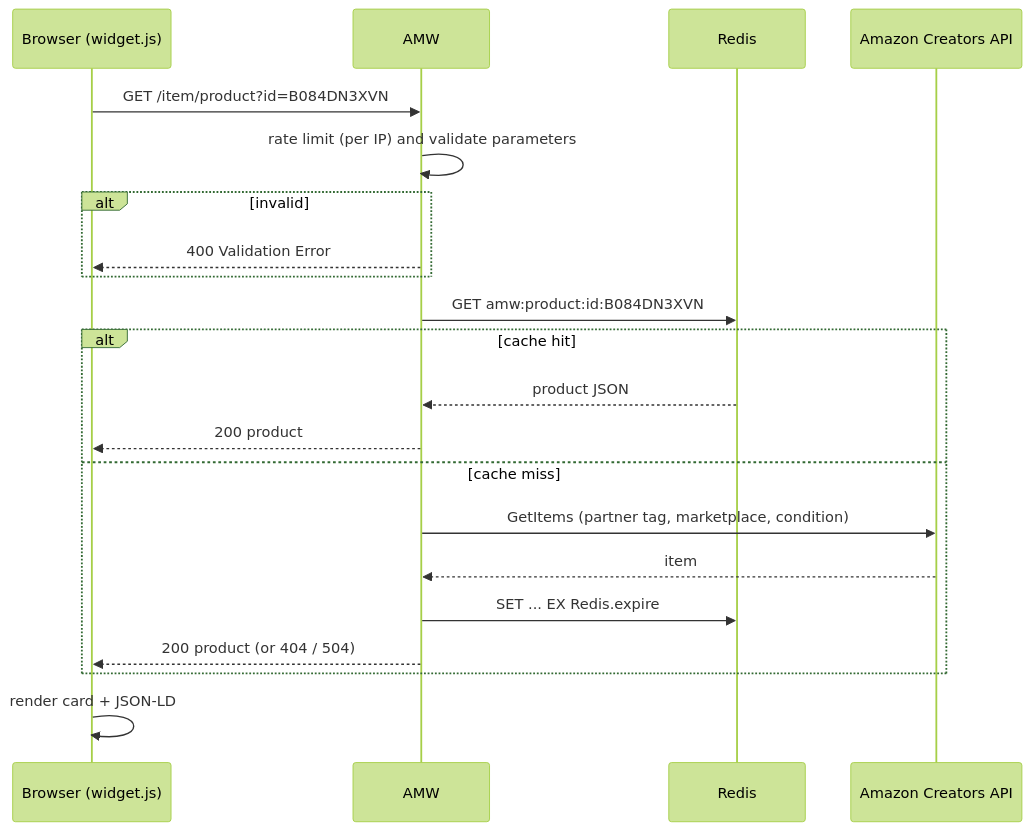
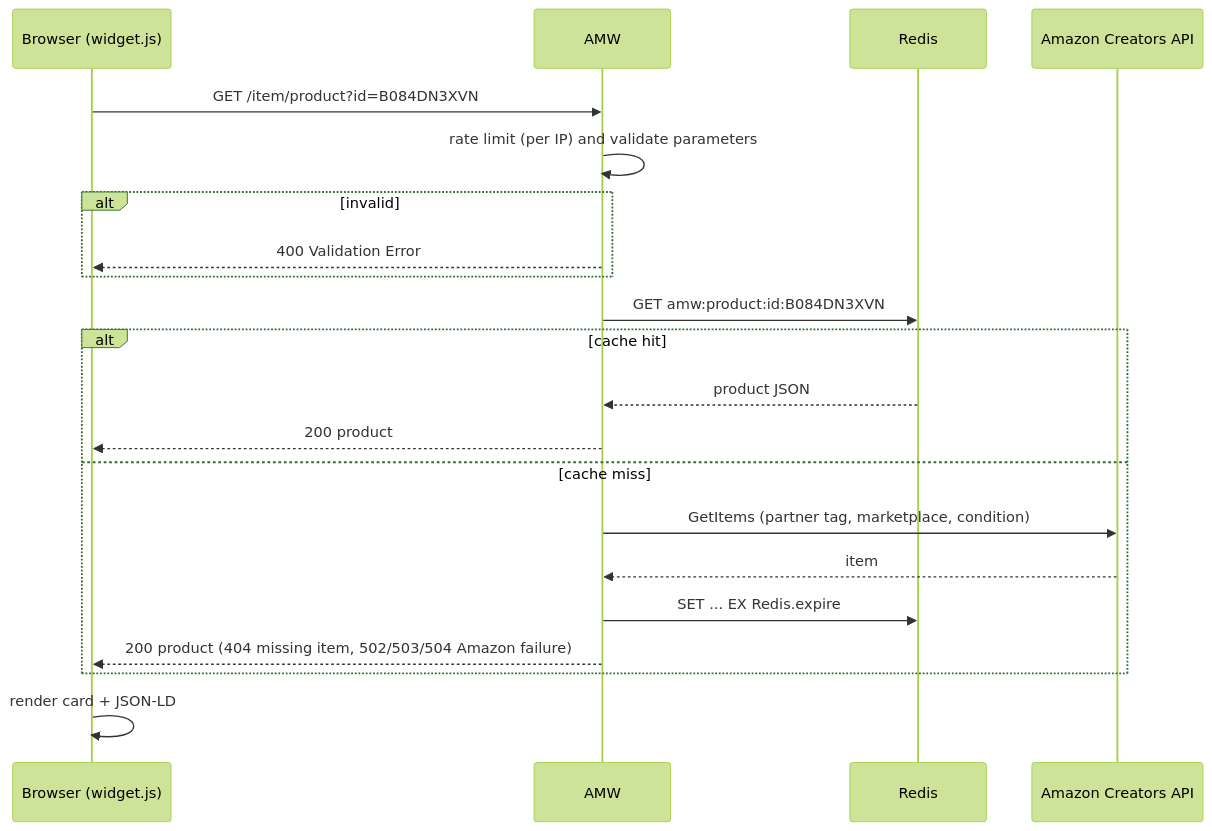
Before and after one commit to ltoinel/amw: the second of 2 diagrams in docs/developer/architecture.md, drawn with Mermaid (forest theme). The commit also changed other lines of this file and 7 other files, not shown here.

First line of the commit message:
docs: document amazon failure status codes and idle json-ld

````diff
--- a/docs/developer/architecture.md
+++ b/docs/developer/architecture.md
@@ -32,23 +33,23 @@
 ```mermaid
 sequenceDiagram
     participant B as Browser (widget.js)
     participant S as AMW
     participant R as Redis
     participant A as Amazon Creators API
     B->>S: GET /item/product?id=B084DN3XVN
     S->>S: rate limit (per IP) and validate parameters
     alt invalid
         S-->>B: 400 Validation Error
     end
     S->>R: GET amw:product:id:B084DN3XVN
     alt cache hit
         R-->>S: product JSON
         S-->>B: 200 product
     else cache miss
         S->>A: GetItems (partner tag, marketplace, condition)
         A-->>S: item
         S->>R: SET ... EX Redis.expire
-        S-->>B: 200 product (or 404 / 504)
+        S-->>B: 200 product (404 missing item, 502/503/504 Amazon failure)
     end
     B->>B: render card + JSON-LD
 ```
````
